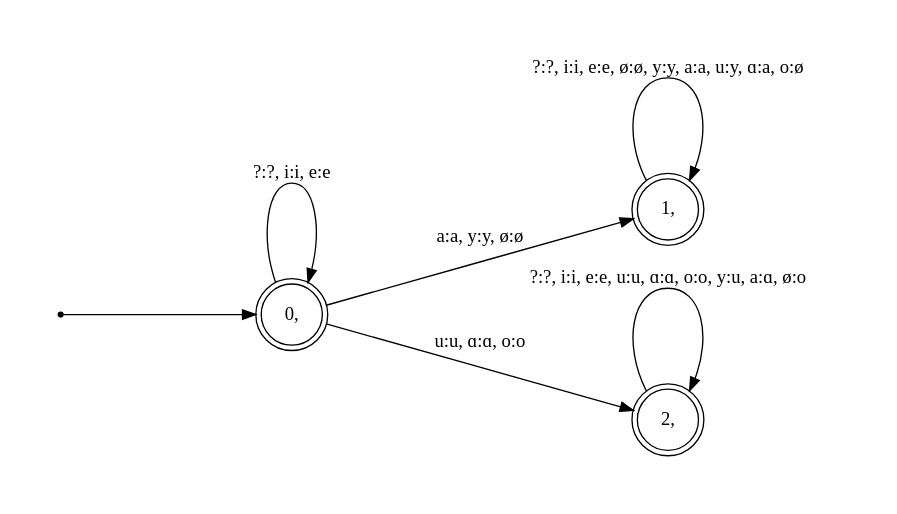
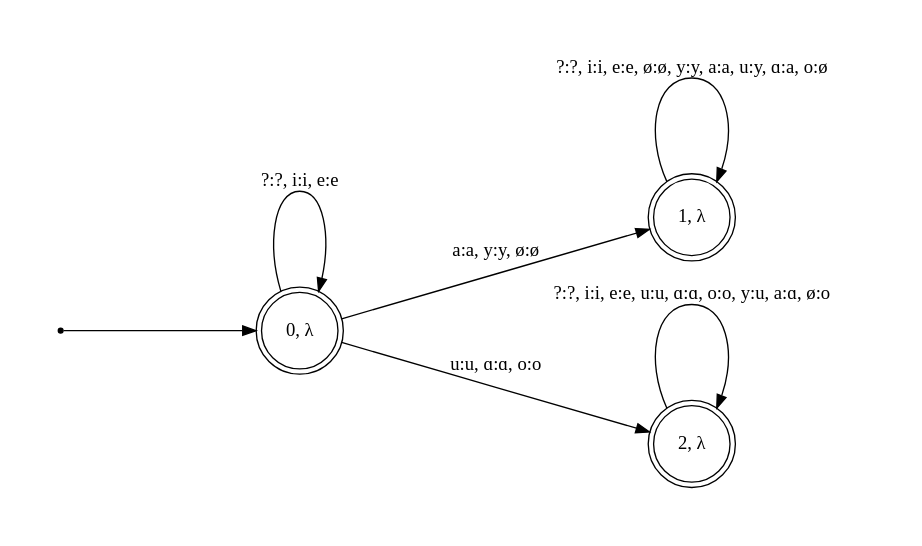
Before and after one commit to ishtiaque06/vh-fst: the diagram in illustrations/Uyghur backness harmony.gv, drawn with Graphviz. The commit also changed 19 other files, not shown here.

```diff
--- a/illustrations/Uyghur backness harmony.gv
+++ b/illustrations/Uyghur backness harmony.gv
@@ -1,17 +1,17 @@
 digraph fst {
 	graph [pad="0.5", nodesep="1", ranksep="2"];
 	rankdir=LR;
 	size="10,10";
 	node [shape = point]; start;
 	node [shape = doublecircle];
-		"0, ";
-		"1, ";
-		"2, ";
+		"0, λ";
+		"1, λ";
+		"2, λ";
 
-	"0, " ->	"0, " [ label = "?:?, i:i, e:e" ];
-	"1, " ->	"1, " [ label = "?:?, i:i, e:e, ø:ø, y:y, a:a, u:y, ɑ:a, o:ø" ];
-	"2, " ->	"2, " [ label = "?:?, i:i, e:e, u:u, ɑ:ɑ, o:o, y:u, a:ɑ, ø:o" ];
-	"0, " ->	"1, " [ label = "a:a, y:y, ø:ø" ];
-	"0, " ->	"2, " [ label = "u:u, ɑ:ɑ, o:o" ];
-	start -> "0, ";
+	"0, λ" ->	"0, λ" [ label = "?:?, i:i, e:e" ];
+	"1, λ" ->	"1, λ" [ label = "?:?, i:i, e:e, ø:ø, y:y, a:a, u:y, ɑ:a, o:ø" ];
+	"2, λ" ->	"2, λ" [ label = "?:?, i:i, e:e, u:u, ɑ:ɑ, o:o, y:u, a:ɑ, ø:o" ];
+	"0, λ" ->	"1, λ" [ label = "a:a, y:y, ø:ø" ];
+	"0, λ" ->	"2, λ" [ label = "u:u, ɑ:ɑ, o:o" ];
+	start -> "0, λ";
 }
```
